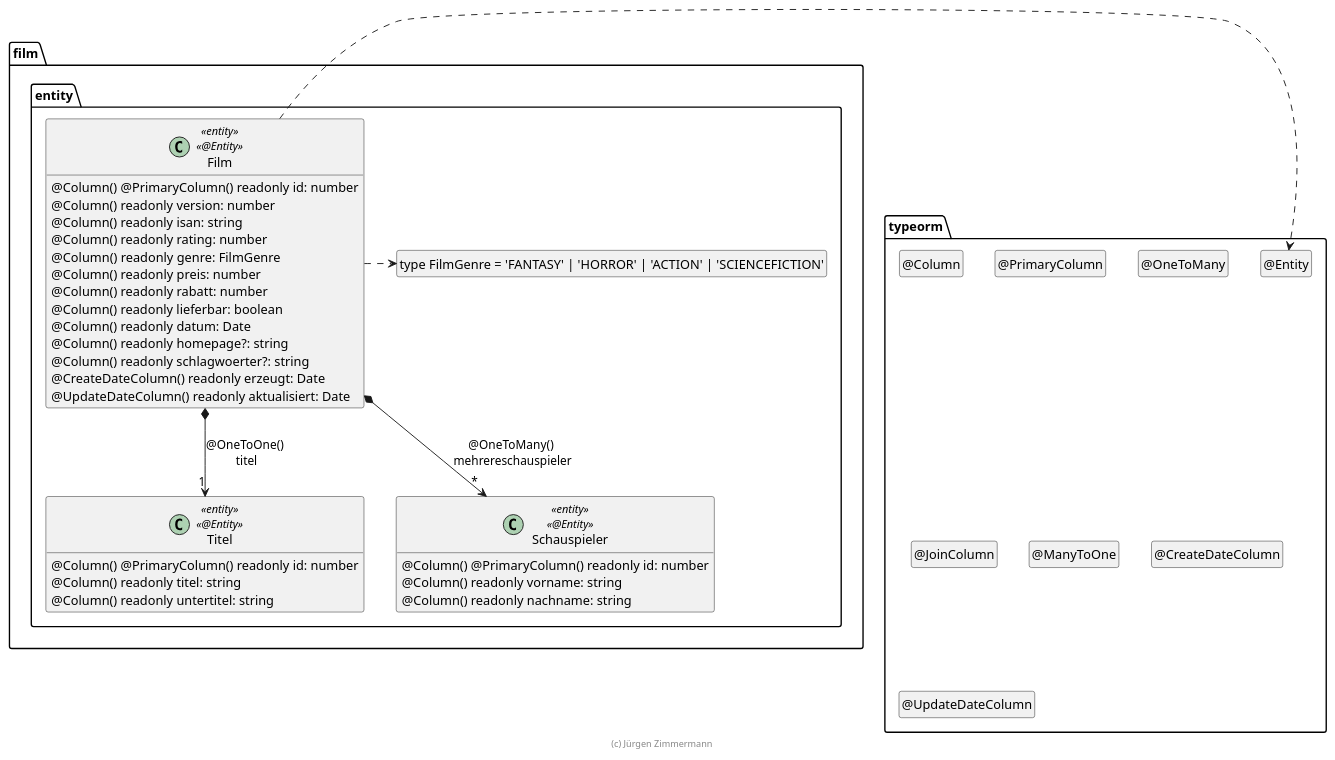
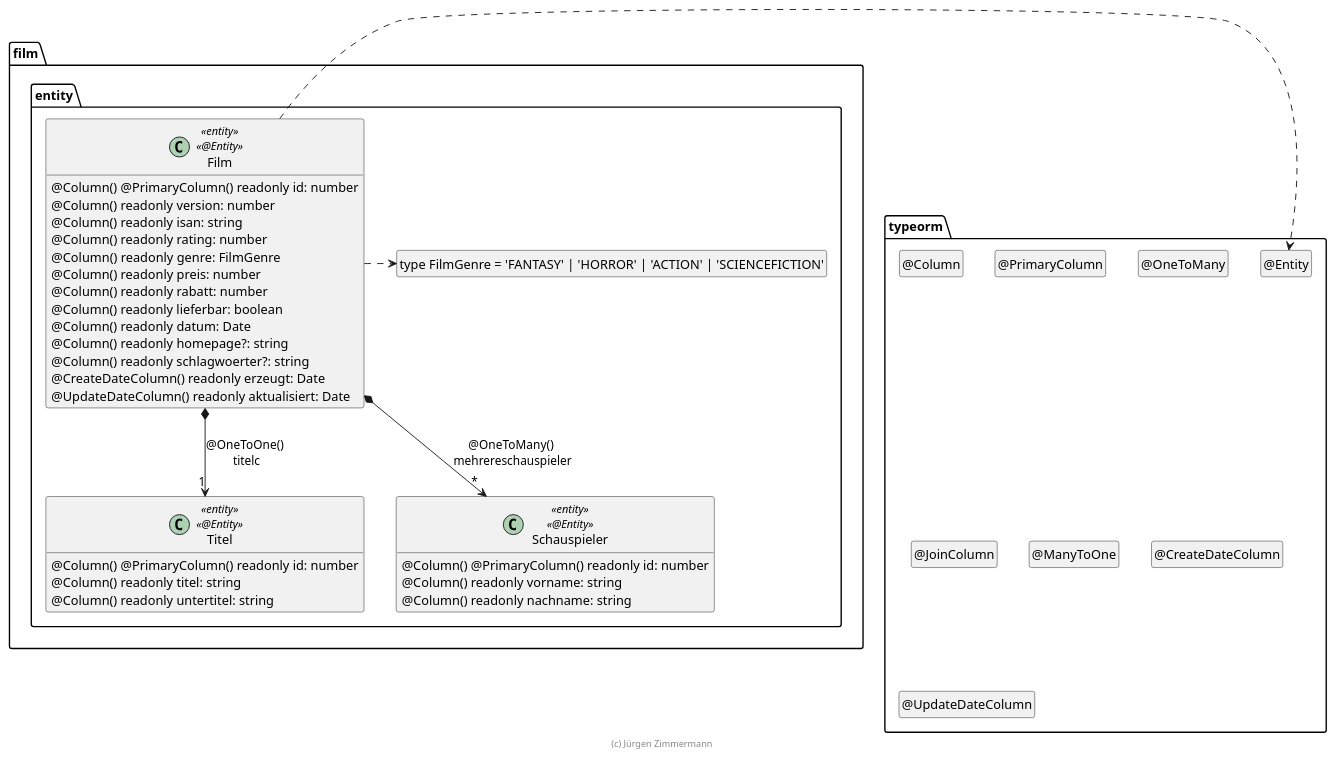
One commit to AchimSee/Film changed the diagram in .extras/doc/projekthandbuch/Film.plantuml. Above: the diagram before and after it, drawn with PlantUML.

Commit message:
Plant UML angepasst

```diff
--- a/.extras/doc/projekthandbuch/Film.plantuml
+++ b/.extras/doc/projekthandbuch/Film.plantuml
@@ -18,65 +18,65 @@
 @startuml Entity
 
 package typeorm {
   class "@Entity" as Entity
   hide Entity circle
   class "@Column" as Column
   hide Column circle
   class "@PrimaryColumn" as PrimaryColumn
   hide PrimaryColumn circle
   class "@OneToMany" as OneToMany
   hide OneToMany circle
   class "@JoinColumn" as JoinColumn
   hide JoinColumn circle
   class "@ManyToOne" as ManyToOne
   hide ManyToOne circle
   class "@CreateDateColumn" as CreateDateColumn
   hide CreateDateColumn circle
   class "@UpdateDateColumn" as UpdateDateColumn
   hide UpdateDateColumn circle
 }
 
 package film.entity {
   class "type FilmGenre = 'FANTASY' | 'HORROR' | 'ACTION' | 'SCIENCEFICTION'" as FilmGenre
   hide FilmGenre circle
 
   class Film <<entity>> <<@Entity>> {
     @Column() @PrimaryColumn() readonly id: number
     @Column() readonly version: number
     @Column() readonly isan: string
     @Column() readonly rating: number
     @Column() readonly genre: FilmGenre
     @Column() readonly preis: number
     @Column() readonly rabatt: number
     @Column() readonly lieferbar: boolean
     @Column() readonly datum: Date
     @Column() readonly homepage?: string
     @Column() readonly schlagwoerter?: string
     @CreateDateColumn() readonly erzeugt: Date
     @UpdateDateColumn() readonly aktualisiert: Date
   }
 
   class Titel <<entity>> <<@Entity>> {
     @Column() @PrimaryColumn() readonly id: number
     @Column() readonly titel: string
     @Column() readonly untertitel: string
   }
 
   class Schauspieler <<entity>> <<@Entity>> {
     @Column() @PrimaryColumn() readonly id: number
     @Column() readonly vorname: string
     @Column() readonly nachname: string
   }
 
-  Film *--> "1" Titel : @OneToOne() \ntitel
+  Film *--> "1" Titel : @OneToOne() \ntitelc
   Film *--> "*" Schauspieler : @OneToMany() \nmehrereschauspieler
 
   Film .right.> Entity
   Film .right.> FilmGenre
 }
 
 hide empty members
 
 footer (c) Jürgen Zimmermann
 
 @enduml
```
